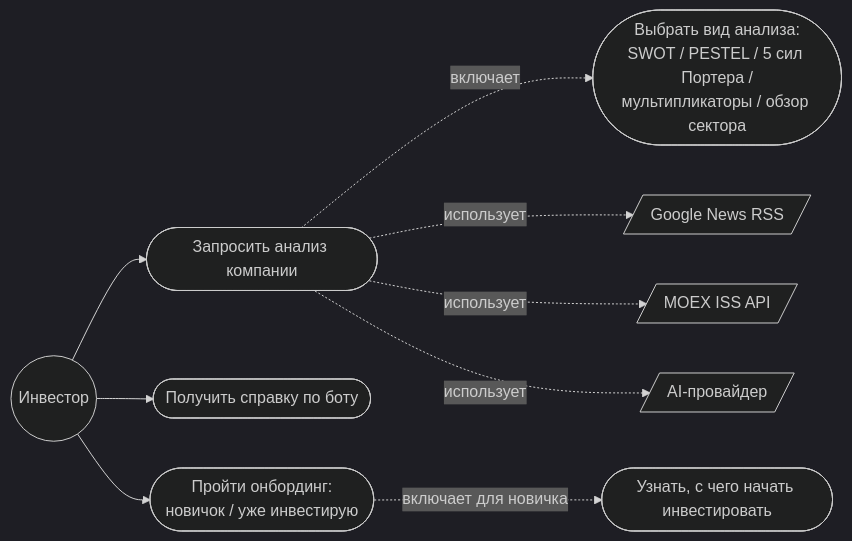
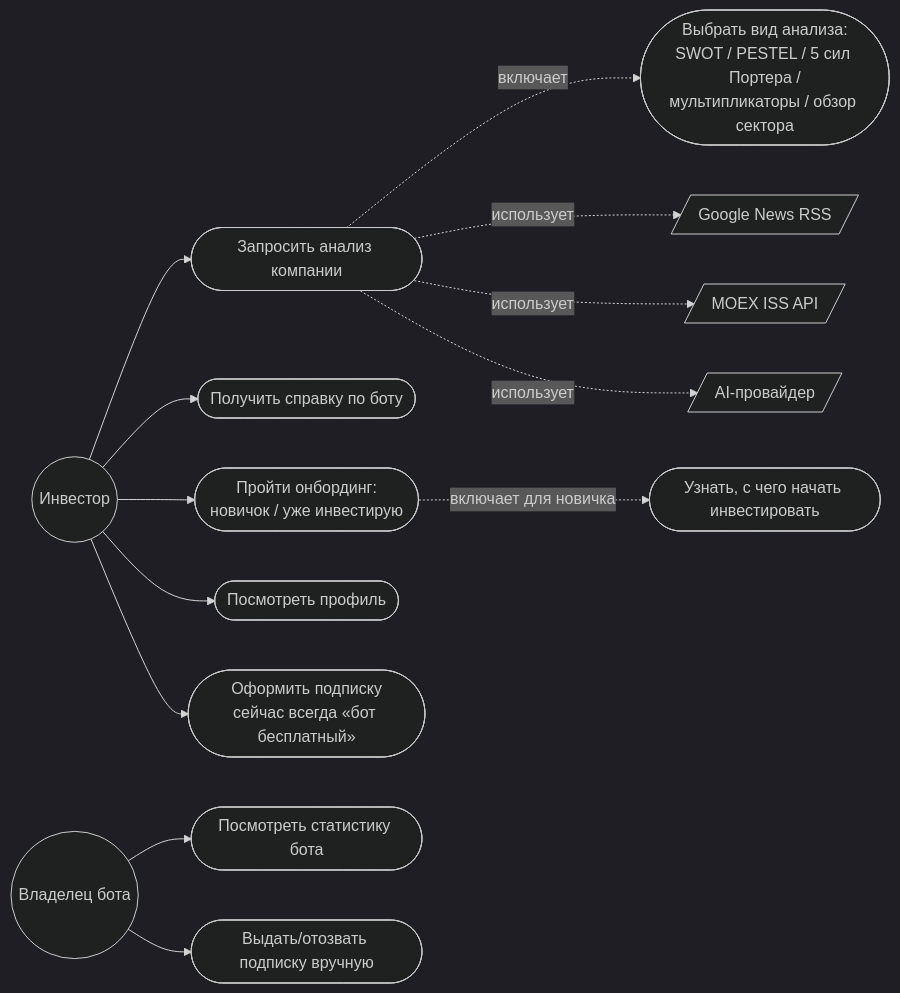
One commit to keshtoim/analysis_for_invest_bot changed the fifth of 5 diagrams in README.md. Above: the diagram before and after it, drawn with Mermaid (dark theme). The commit also changed other lines of this file, not shown here.

First line of the commit message:
docs: README/диаграммы под монетизацию, профиль, /stats, санитайзер

````diff
--- a/README.md
+++ b/README.md
@@ -226,22 +305,31 @@
 ```mermaid
 flowchart LR
     Investor((Инвестор))
+    Owner((Владелец бота))
     News[/Google News RSS/]
     Moex[/MOEX ISS API/]
     AIExt[/AI-провайдер/]
 
     UC1([Запросить анализ компании])
     UC2([Выбрать вид анализа:<br/>SWOT / PESTEL / 5 сил Портера /<br/>мультипликаторы / обзор сектора])
     UC3([Получить справку по боту])
     UC4([Пройти онбординг:<br/>новичок / уже инвестирую])
     UC5([Узнать, с чего начать инвестировать])
+    UC6([Посмотреть профиль])
+    UC7([Оформить подписку<br/>сейчас всегда «бот бесплатный»])
+    UC8([Посмотреть статистику бота])
+    UC9([Выдать/отозвать подписку вручную])
 
     Investor --> UC1
     Investor --> UC3
     Investor --> UC4
+    Investor --> UC6
+    Investor --> UC7
+    Owner --> UC8
+    Owner --> UC9
     UC4 -.включает для новичка.-> UC5
     UC1 -.включает.-> UC2
     UC1 -.использует.-> News
     UC1 -.использует.-> Moex
     UC1 -.использует.-> AIExt
 ```
````
